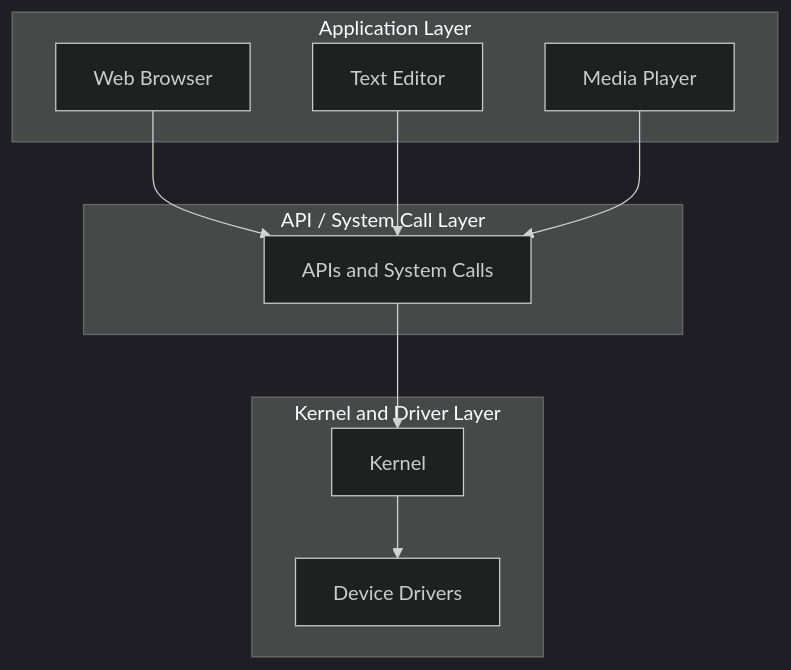
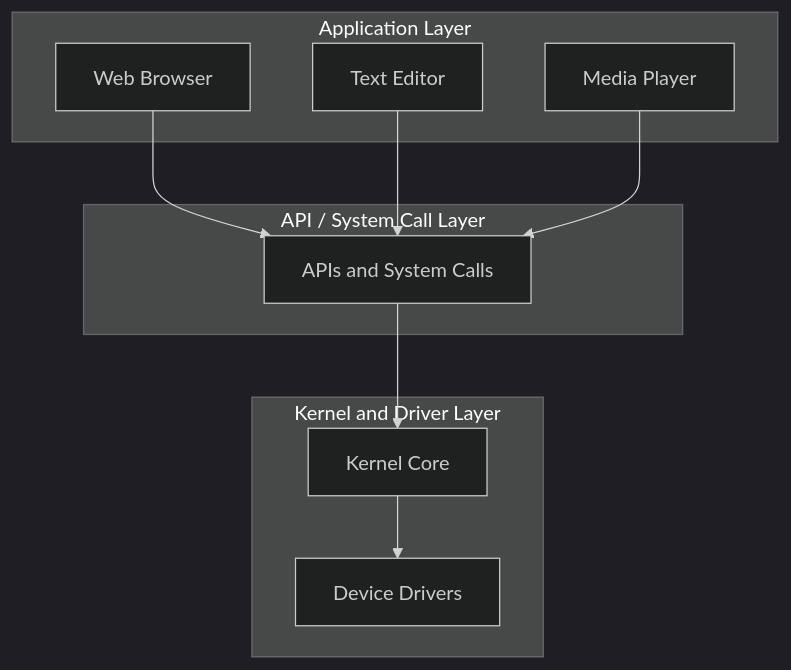
Before and after one commit to alohamujeeb/alohamujeeb.github.io: the second of 4 diagrams in docs/blog/posts/2026-05-22-Operating_Systems_Components.md, drawn with Mermaid (dark theme). The commit also changed other lines of this file, not shown here.

````diff
--- a/docs/blog/posts/2026-05-22-Operating_Systems_Components.md
+++ b/docs/blog/posts/2026-05-22-Operating_Systems_Components.md
@@ -157,27 +170,27 @@
 ```mermaid
 
 graph TD
 
 subgraph A1[Application Layer]
 APP1[Web Browser]
 APP2[Text Editor]
 APP3[Media Player]
 end
 
 subgraph A2[API / System Call Layer]
 API[APIs and System Calls]
 end
 
 subgraph A3[Kernel and Driver Layer]
-KERNEL[Kernel]
+KERNEL[Kernel Core]
 DRV[Device Drivers]
 end
 
 APP1 --> API
 APP2 --> API
 APP3 --> API
 
 API --> KERNEL
 KERNEL --> DRV
 
 ```
````
